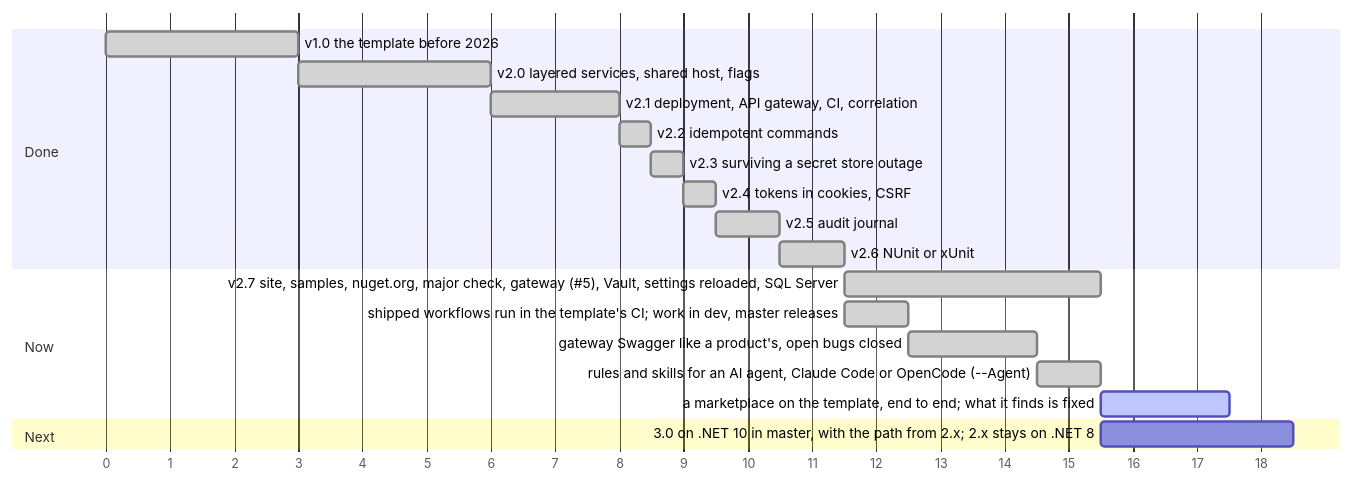
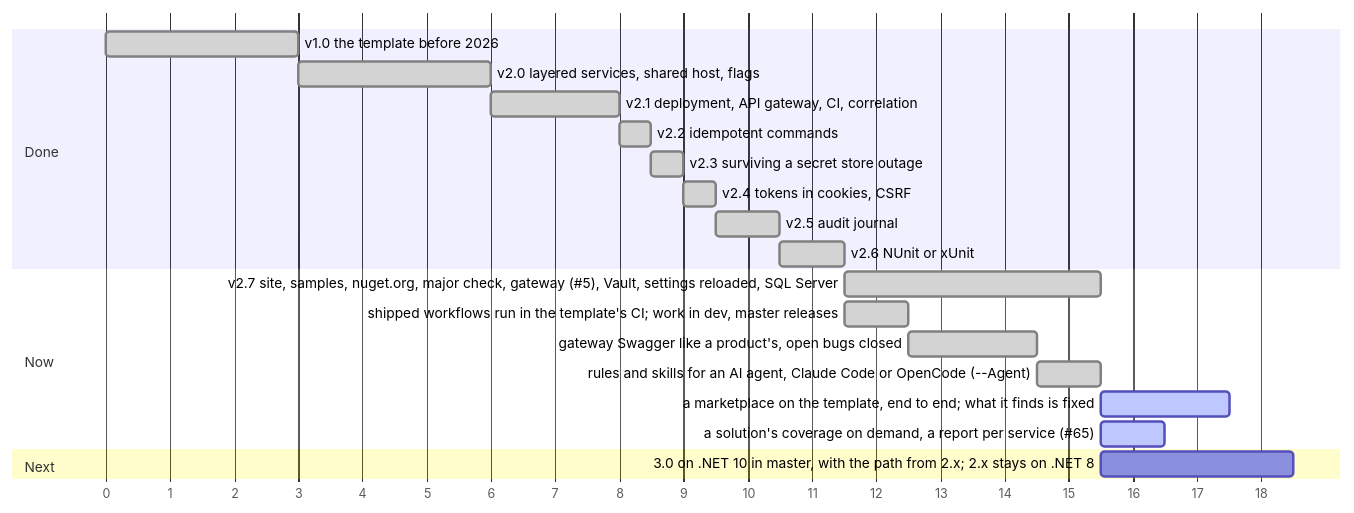
One commit to Vovanda/DotNetSolutionKit changed the diagram in docs/roadmap.md. Above: the diagram before and after it, drawn with Mermaid. The commit also changed 16 other files, not shown here.

````diff
--- a/docs/roadmap.md
+++ b/docs/roadmap.md
@@ -5,26 +5,27 @@
 ```mermaid
 gantt
     dateFormat X
     axisFormat %s
     tickInterval 1second
 
     section Done
     v1.0 the template before 2026                         :done, s1, 0, 3000ms
     v2.0 layered services, shared host, flags             :done, s2, after s1, 3000ms
     v2.1 deployment, API gateway, CI, correlation         :done, s3, after s2, 2000ms
     v2.2 idempotent commands                              :done, s4, after s3, 500ms
     v2.3 surviving a secret store outage                  :done, s5, after s4, 500ms
     v2.4 tokens in cookies, CSRF                          :done, s6, after s5, 500ms
     v2.5 audit journal                                    :done, s7, after s6, 1000ms
     v2.6 NUnit or xUnit                                   :done, s8, after s7, 1000ms
 
     section Now
     v2.7 site, samples, nuget.org, major check, gateway (#5), Vault, settings reloaded, SQL Server :done, s9, after s8, 4000ms
     shipped workflows run in the template's CI; work in dev, master releases :done, s10, after s8, 1000ms
     gateway Swagger like a product's, open bugs closed :done, s11, after s10, 2000ms
     rules and skills for an AI agent, Claude Code or OpenCode (--Agent) :done, s12, after s11, 1000ms
     a marketplace on the template, end to end; what it finds is fixed :active, s13, after s12, 2000ms
+    a solution's coverage on demand, a report per service (#65) :active, s14, after s9, 1000ms
 
     section Next
     3.0 on .NET 10 in master, with the path from 2.x; 2.x stays on .NET 8 :s15, after s9, 3000ms
 ```
````
